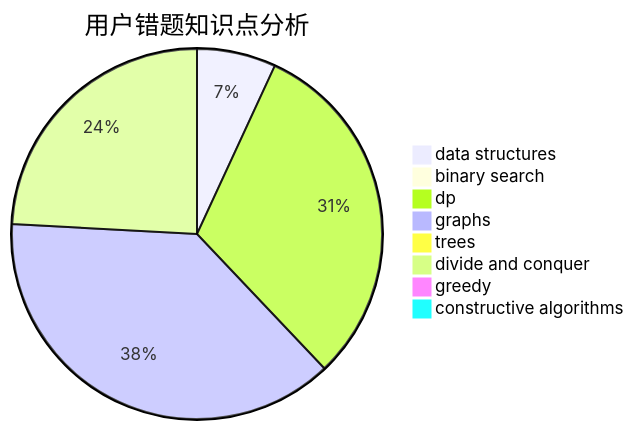
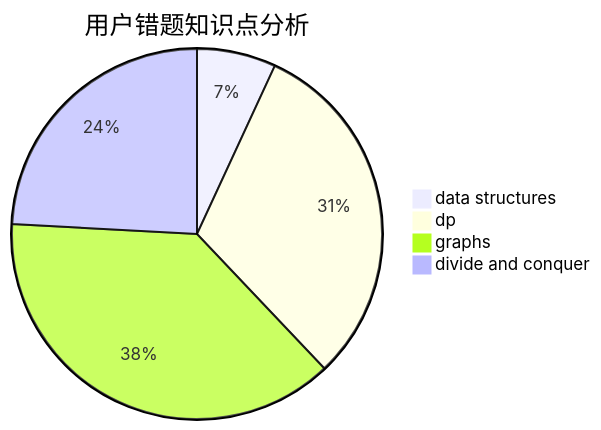
The third of 3 diagrams in docs/user/u693.md (sherpahu/cfrs.github.io), drawn with Mermaid before and after one commit. The commit also changed other lines of this file and 2770 other files, not shown here.

````diff
--- a/docs/user/u693.md
+++ b/docs/user/u693.md
@@ -31,11 +27,7 @@
 ```mermaid
 pie title 用户错题知识点分析
     "data structures" :  2
-    "binary search" :  0
     "dp" :  9
     "graphs" :  11
-    "trees" :  0
     "divide and conquer" :  7
-    "greedy" :  0
-    "constructive algorithms" :  0
 ```
````
